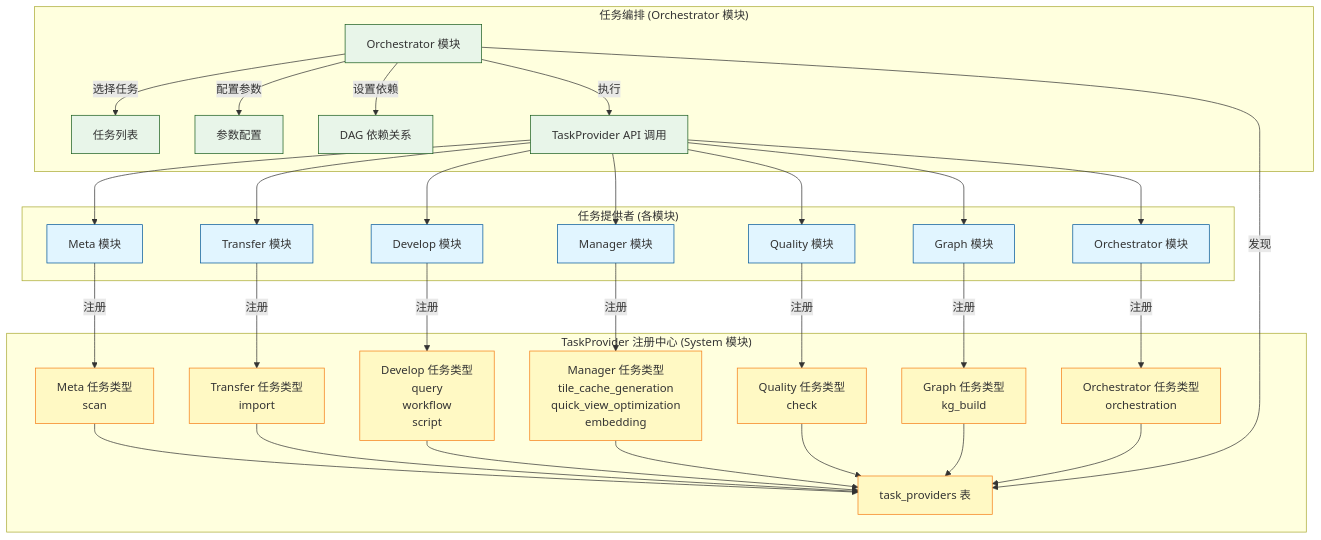
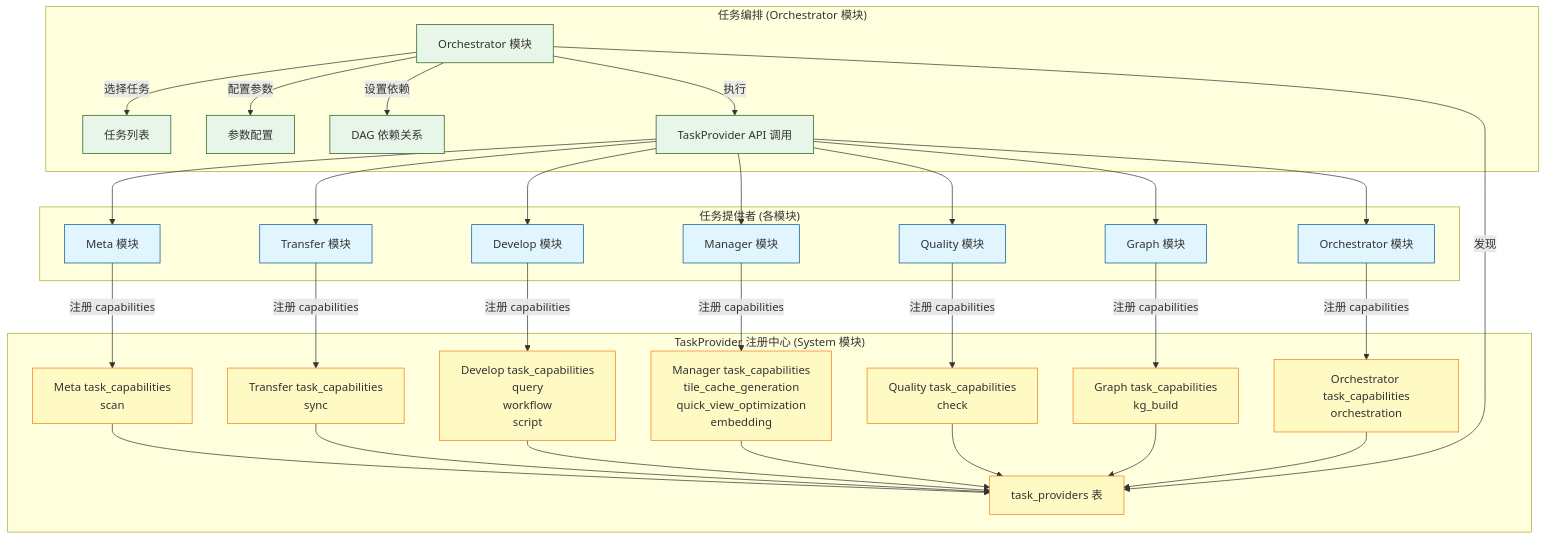
One commit to pampa0629/addp changed the first of 6 diagrams in docs/concepts/addp任务编排体系图.md. Above: the diagram before and after it, drawn with Mermaid. The commit also changed other lines of this file and 402 other files, not shown here.

````diff
--- a/docs/concepts/addp任务编排体系图.md
+++ b/docs/concepts/addp任务编排体系图.md
@@ -35,58 +35,58 @@
 ```mermaid
 graph TB
     subgraph "任务提供者 (各模块)"
         Meta[Meta 模块]
         Transfer[Transfer 模块]
         Develop[Develop 模块]
         Manager[Manager 模块]
         Quality[Quality 模块]
         Graph[Graph 模块]
         OrchestratorProvider[Orchestrator 模块]
     end
 
     subgraph "TaskProvider 注册中心 (System 模块)"
         Registry[task_providers 表]
 
-        Meta --> |注册| MetaCap[Meta 任务类型<br/>scan]
-        Transfer --> |注册| TransferCap[Transfer 任务类型<br/>import]
-        Develop --> |注册| DevelopCap[Develop 任务类型<br/>query<br/>workflow<br/>script]
-        Manager --> |注册| ManagerCap[Manager 任务类型<br/>tile_cache_generation<br/>quick_view_optimization<br/>embedding]
-        Quality --> |注册| QualityCap[Quality 任务类型<br/>check]
-        Graph --> |注册| GraphCap[Graph 任务类型<br/>kg_build]
-        OrchestratorProvider --> |注册| OrchestratorCap[Orchestrator 任务类型<br/>orchestration]
+        Meta --> |注册 capabilities| MetaCap[Meta task_capabilities<br/>scan]
+        Transfer --> |注册 capabilities| TransferCap[Transfer task_capabilities<br/>sync]
+        Develop --> |注册 capabilities| DevelopCap[Develop task_capabilities<br/>query<br/>workflow<br/>script]
+        Manager --> |注册 capabilities| ManagerCap[Manager task_capabilities<br/>tile_cache_generation<br/>quick_view_optimization<br/>embedding]
+        Quality --> |注册 capabilities| QualityCap[Quality task_capabilities<br/>check]
+        Graph --> |注册 capabilities| GraphCap[Graph task_capabilities<br/>kg_build]
+        OrchestratorProvider --> |注册 capabilities| OrchestratorCap[Orchestrator task_capabilities<br/>orchestration]
 
         MetaCap --> Registry
         TransferCap --> Registry
         DevelopCap --> Registry
         ManagerCap --> Registry
         QualityCap --> Registry
         GraphCap --> Registry
         OrchestratorCap --> Registry
     end
 
     subgraph "任务编排 (Orchestrator 模块)"
         Orchestrator[Orchestrator 模块]
 
         Orchestrator --> |发现| Registry
         Orchestrator --> |选择任务| Tasks[任务列表]
         Orchestrator --> |配置参数| Params[参数配置]
         Orchestrator --> |设置依赖| DAG[DAG 依赖关系]
         Orchestrator --> |执行| Call[TaskProvider API 调用]
     end
 
     Call --> Meta
     Call --> Transfer
     Call --> Develop
     Call --> Manager
     Call --> Quality
     Call --> Graph
     Call --> OrchestratorProvider
 
     classDef provider fill:#e1f5ff,stroke:#01579b
     classDef registry fill:#fff9c4,stroke:#f57f17
     classDef orchestrator fill:#e8f5e9,stroke:#1b5e20
 
     class Meta,Transfer,Develop,Manager,Quality,Graph,OrchestratorProvider provider
     class Registry,MetaCap,TransferCap,DevelopCap,ManagerCap,QualityCap,GraphCap,OrchestratorCap registry
     class Orchestrator,Tasks,Params,DAG,Call orchestrator
 ```
````
